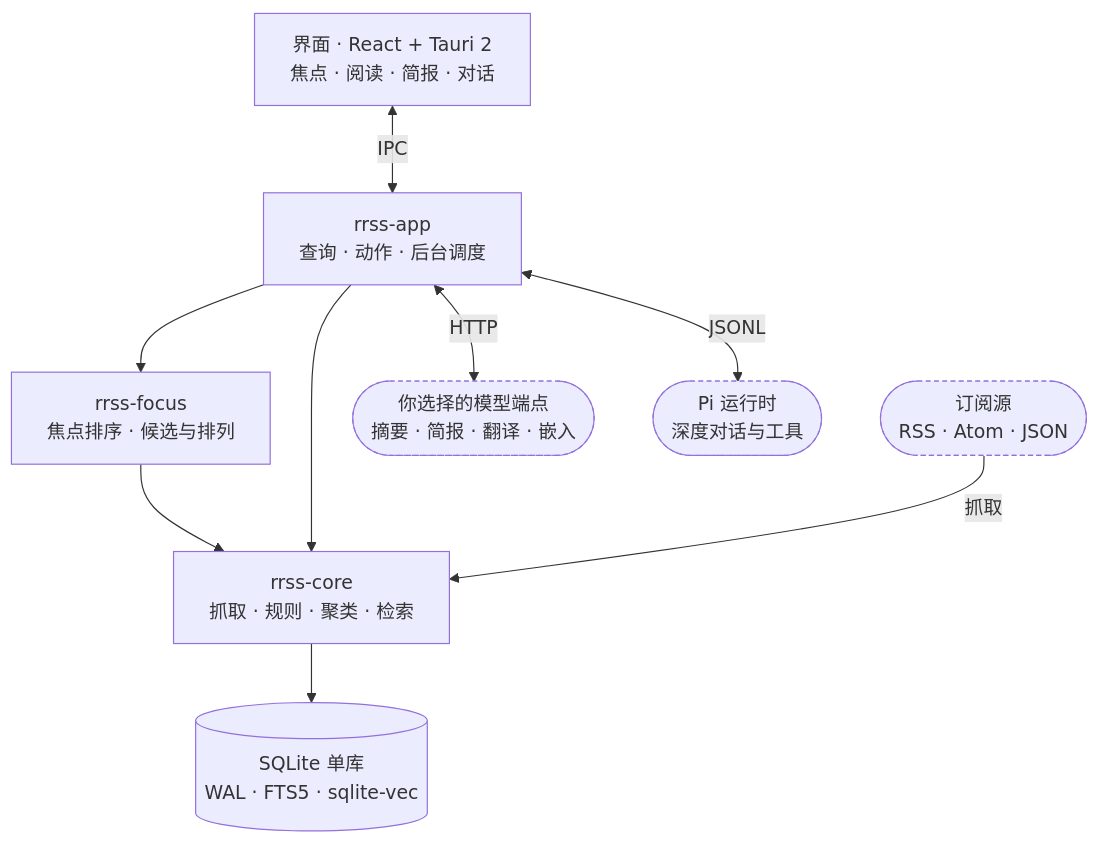
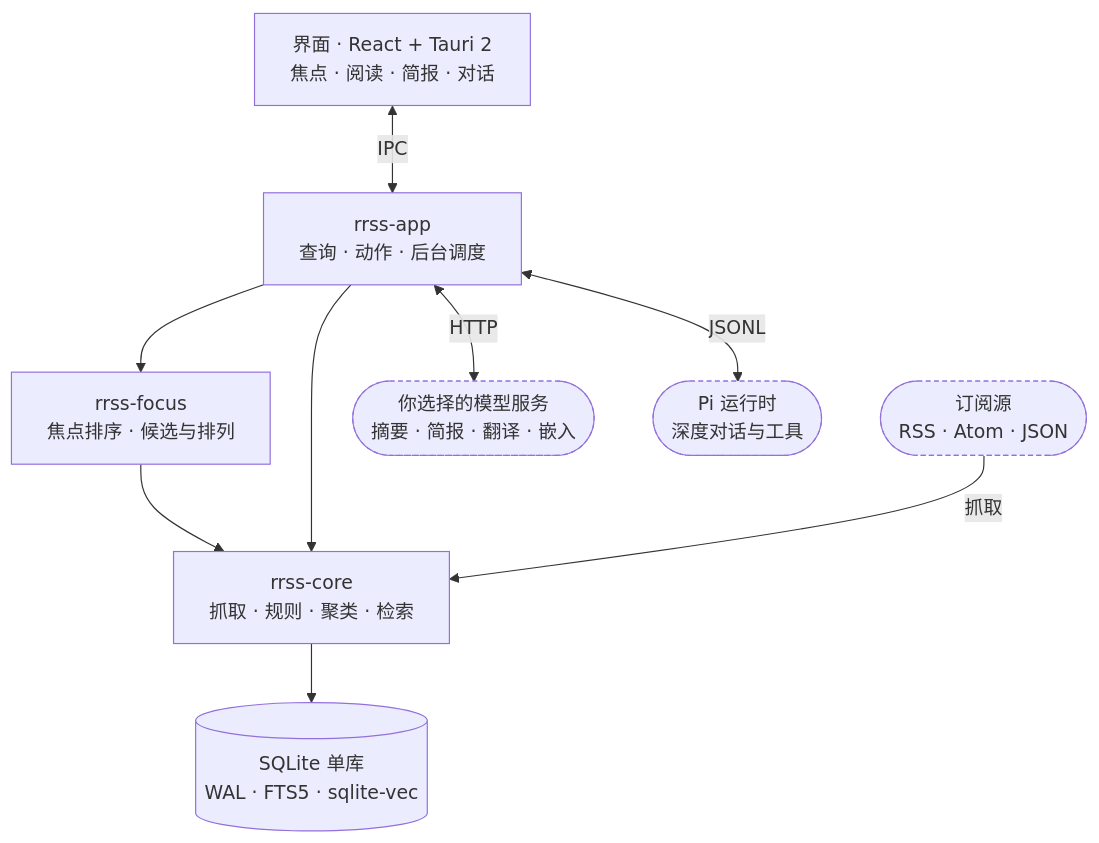
Before and after one commit to rrss-app/rrss: the diagram in README.md, drawn with Mermaid. The commit also changed other lines of this file and 155 other files, not shown here.

````diff
--- a/README.md
+++ b/README.md
@@ -141,19 +140,19 @@
 ```mermaid
 flowchart TB
     UI["界面 · React + Tauri 2<br/>焦点 · 阅读 · 简报 · 对话"]
     App["rrss-app<br/>查询 · 动作 · 后台调度"]
     Focus["rrss-focus<br/>焦点排序 · 候选与排列"]
     Core["rrss-core<br/>抓取 · 规则 · 聚类 · 检索"]
     DB[("SQLite 单库<br/>WAL · FTS5 · sqlite-vec")]
     Feeds(["订阅源<br/>RSS · Atom · JSON"])
-    LLM(["你选择的模型端点<br/>摘要 · 简报 · 翻译 · 嵌入"])
+    LLM(["你选择的模型服务<br/>摘要 · 简报 · 翻译 · 嵌入"])
     Pi(["Pi 运行时<br/>深度对话与工具"])
     UI <-->|IPC| App
     App --> Focus --> Core
     App --> Core --> DB
     Feeds -->|抓取| Core
     App <-->|HTTP| LLM
     App <-->|JSONL| Pi
     classDef ext stroke-dasharray: 4 3
     class Feeds,LLM,Pi ext
 ```
````
